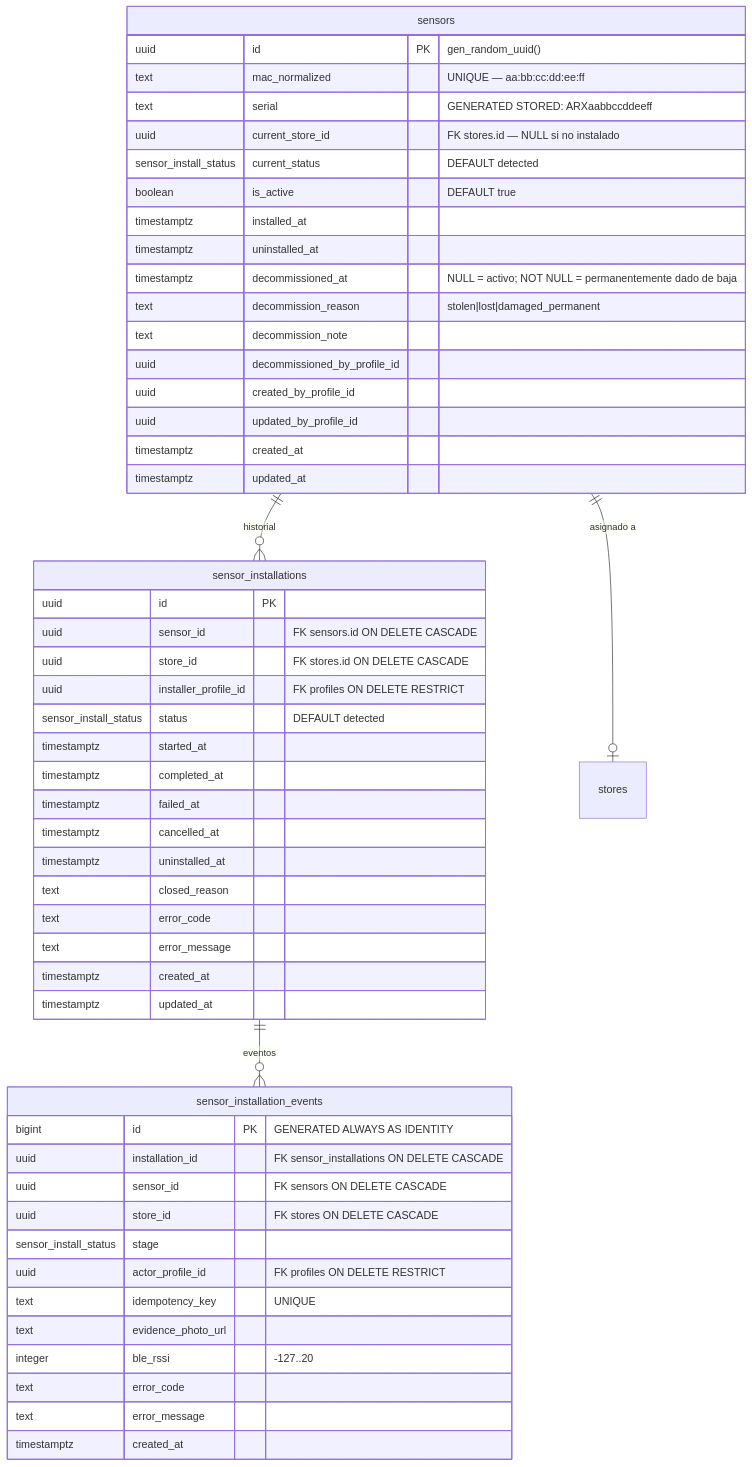
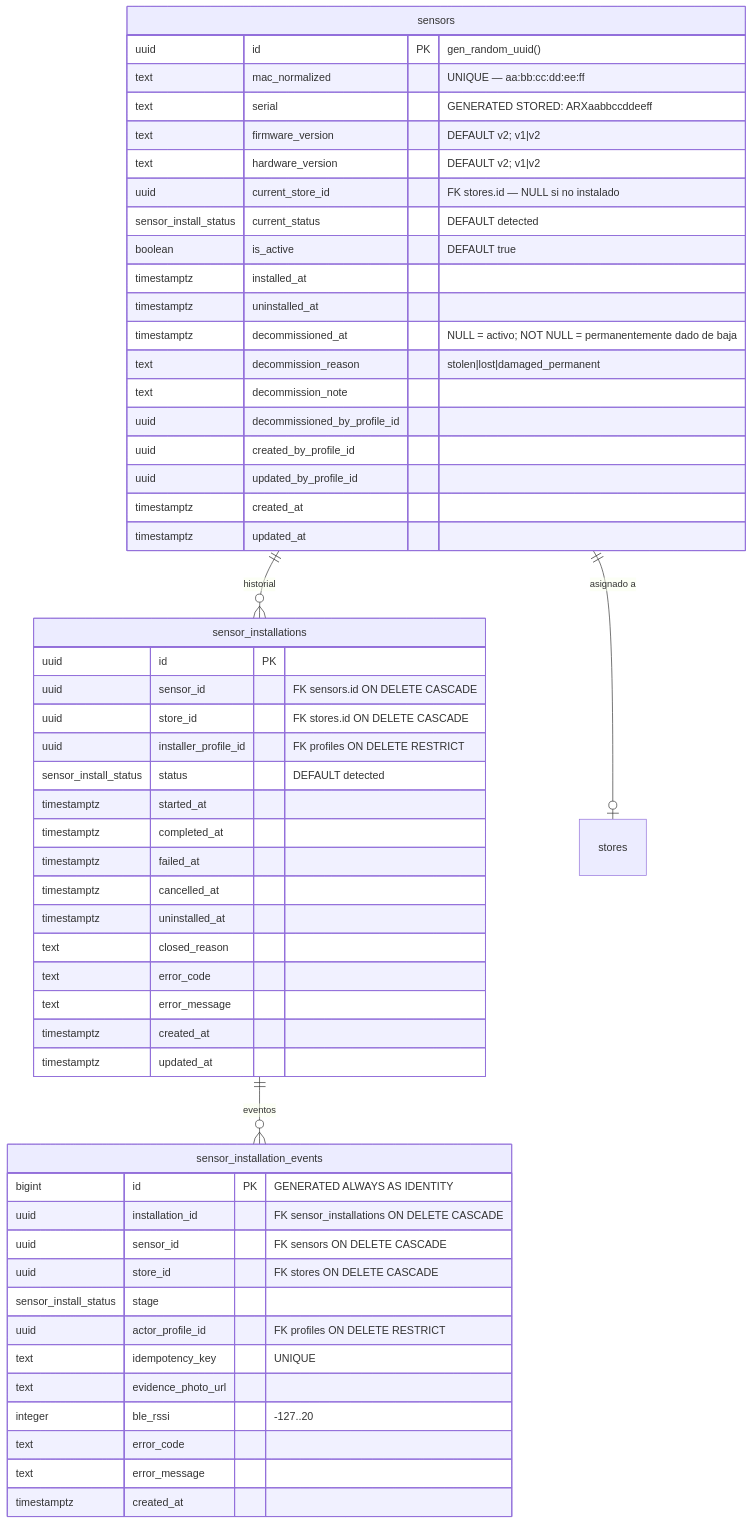
The first of 5 diagrams in supabase-ref-docs/sensors.md (Ayhamal27/Arcaxo-Admin-Dashboard), drawn with Mermaid before and after one commit. The commit also changed other lines of this file and 15 other files, not shown here.

````diff
--- a/supabase-ref-docs/sensors.md
+++ b/supabase-ref-docs/sensors.md
@@ -9,56 +9,58 @@
 ```mermaid
 erDiagram
     sensors {
         uuid id PK "gen_random_uuid()"
         text mac_normalized "UNIQUE — aa:bb:cc:dd:ee:ff"
         text serial "GENERATED STORED: ARXaabbccddeeff"
+        text firmware_version "DEFAULT v2; v1|v2"
+        text hardware_version "DEFAULT v2; v1|v2"
         uuid current_store_id "FK stores.id — NULL si no instalado"
         sensor_install_status current_status "DEFAULT detected"
         boolean is_active "DEFAULT true"
         timestamptz installed_at
         timestamptz uninstalled_at
         timestamptz decommissioned_at "NULL = activo; NOT NULL = permanentemente dado de baja"
         text decommission_reason "stolen|lost|damaged_permanent"
         text decommission_note
         uuid decommissioned_by_profile_id
         uuid created_by_profile_id
         uuid updated_by_profile_id
         timestamptz created_at
         timestamptz updated_at
     }
     sensor_installations {
         uuid id PK
         uuid sensor_id "FK sensors.id ON DELETE CASCADE"
         uuid store_id "FK stores.id ON DELETE CASCADE"
         uuid installer_profile_id "FK profiles ON DELETE RESTRICT"
         sensor_install_status status "DEFAULT detected"
         timestamptz started_at
         timestamptz completed_at
         timestamptz failed_at
         timestamptz cancelled_at
         timestamptz uninstalled_at
         text closed_reason
         text error_code
         text error_message
         timestamptz created_at
         timestamptz updated_at
     }
     sensor_installation_events {
         bigint id PK "GENERATED ALWAYS AS IDENTITY"
         uuid installation_id "FK sensor_installations ON DELETE CASCADE"
         uuid sensor_id "FK sensors ON DELETE CASCADE"
         uuid store_id "FK stores ON DELETE CASCADE"
         sensor_install_status stage
         uuid actor_profile_id "FK profiles ON DELETE RESTRICT"
         text idempotency_key "UNIQUE"
         text evidence_photo_url
         integer ble_rssi "-127..20"
         text error_code
         text error_message
         timestamptz created_at
     }
 
     sensors ||--o{ sensor_installations : "historial"
     sensor_installations ||--o{ sensor_installation_events : "eventos"
     sensors ||--o| stores : "asignado a"
 ```
````
